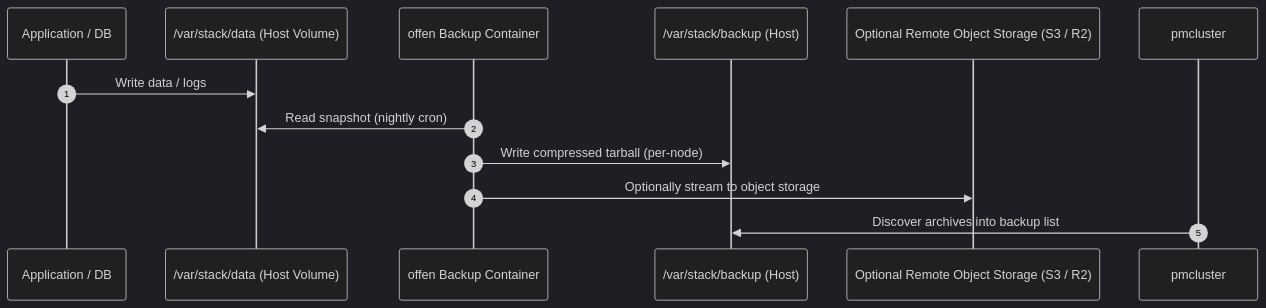
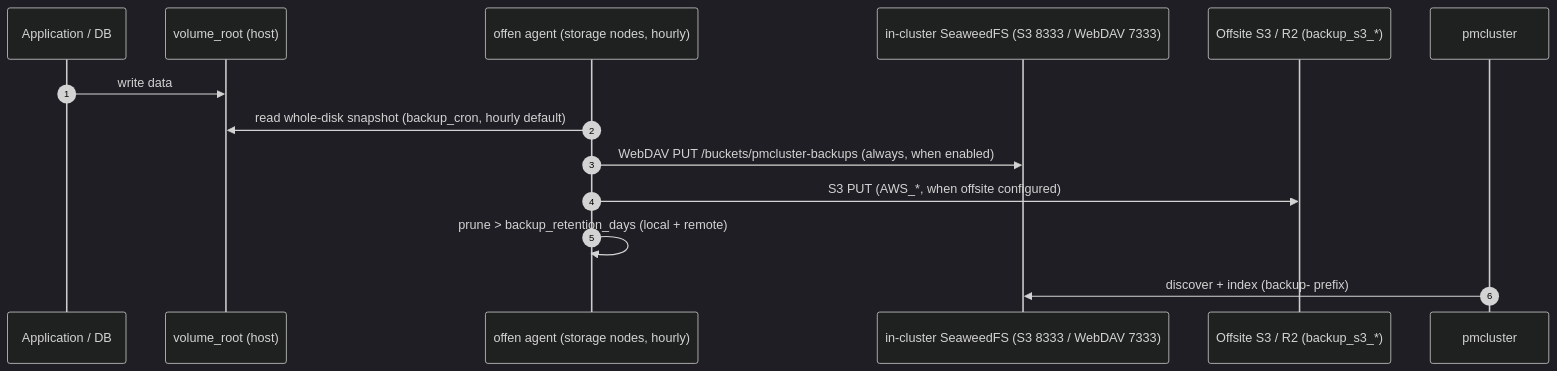
One commit to hazemarian/poor-man-cluster changed the second of 2 diagrams in docs/storage-and-databases.md. Above: the diagram before and after it, drawn with Mermaid (dark theme). The commit also changed other lines of this file and 184 other files, not shown here.

````diff
--- a/docs/storage-and-databases.md
+++ b/docs/storage-and-databases.md
@@ -207,15 +286,16 @@
 ```mermaid
 sequenceDiagram
     autonumber
     participant App as Application / DB
-    participant LocalDisk as /var/stack/data (Host Volume)
-    participant Backup as offen Backup Container
-    participant Archive as /var/stack/backup (Host)
-    participant S3 as Optional Remote Object Storage (S3 / R2)
+    participant Disk as volume_root (host)
+    participant Agent as offen agent (storage nodes, hourly)
+    participant Store as in-cluster SeaweedFS (S3 8333 / WebDAV 7333)
+    participant S3 as Offsite S3 / R2 (backup_s3_*)
 
-    App->>LocalDisk: Write data / logs
-    Backup->>LocalDisk: Read snapshot (nightly cron)
-    Backup->>Archive: Write compressed tarball (per-node)
-    Backup->>S3: Optionally stream to object storage
-    pmcluster->>Archive: Discover archives into backup list
+    App->>Disk: write data
+    Agent->>Disk: read whole-disk snapshot (backup_cron, hourly default)
+    Agent->>Store: WebDAV PUT /buckets/pmcluster-backups (always, when enabled)
+    Agent->>S3: S3 PUT (AWS_*, when offsite configured)
+    Agent->>Agent: prune > backup_retention_days (local + remote)
+    pmcluster->>Store: discover + index (backup- prefix)
 ```
````
